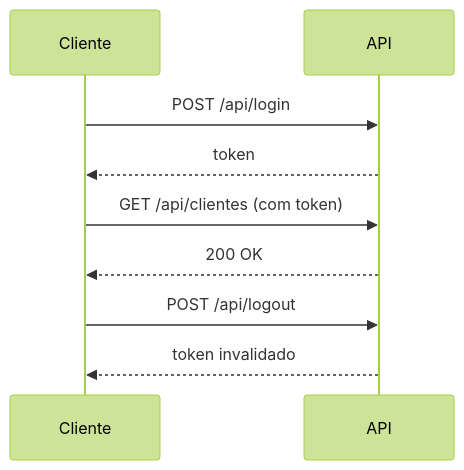
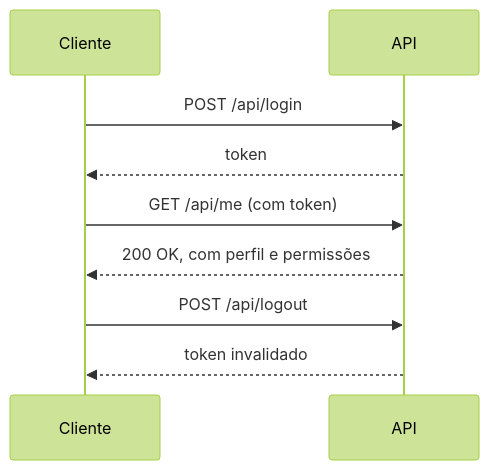
Before and after one commit to joaoalexandre2/mycar: the diagram in README.md, drawn with Mermaid (forest theme). The commit also changed other lines of this file, not shown here.

````diff
--- a/README.md
+++ b/README.md
@@ -62,11 +42,11 @@
 ```mermaid
 sequenceDiagram
     participant C as Cliente
     participant A as API
     C->>A: POST /api/login
     A-->>C: token
-    C->>A: GET /api/clientes (com token)
-    A-->>C: 200 OK
+    C->>A: GET /api/me (com token)
+    A-->>C: 200 OK, com perfil e permissões
     C->>A: POST /api/logout
     A-->>C: token invalidado
 ```
````
